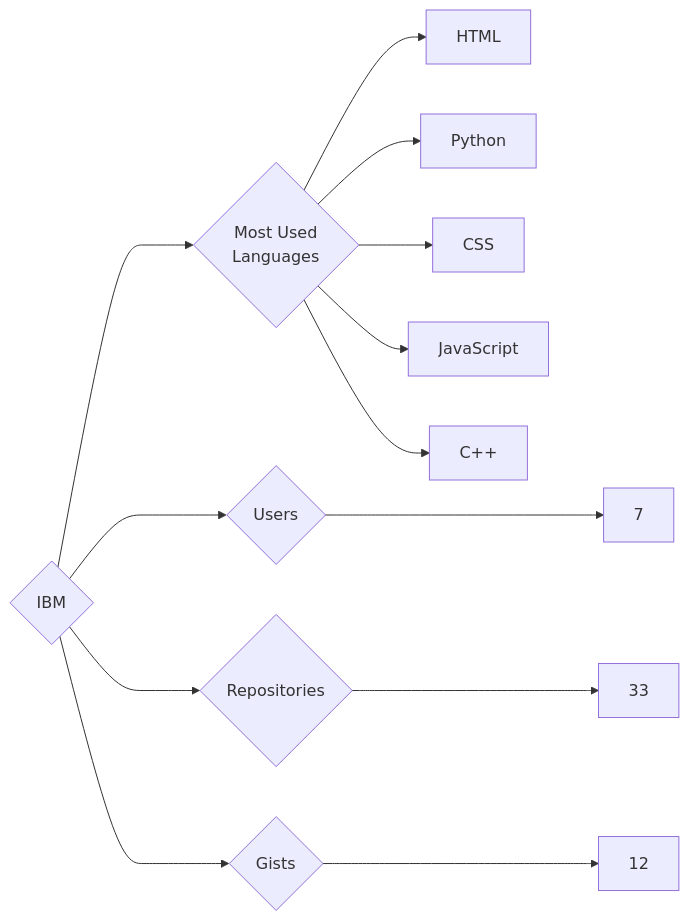
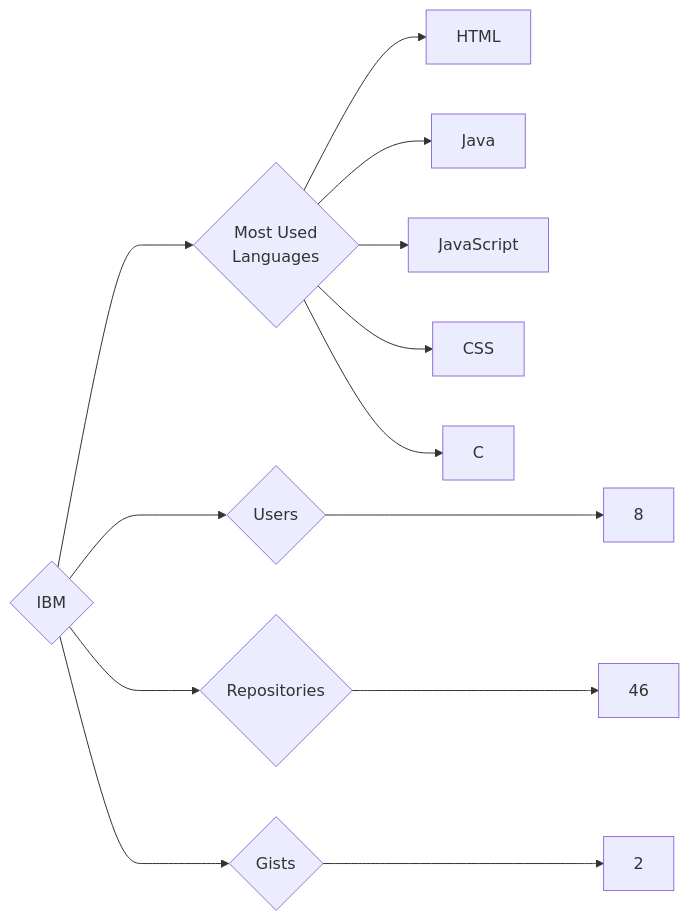
The diagram in targets/IBM/README.md (trickest/insiders), drawn with Mermaid before and after one commit. The commit also changed 1007 other files, not shown here.

````diff
--- a/targets/IBM/README.md
+++ b/targets/IBM/README.md
@@ -3,13 +3,13 @@
 ```mermaid
 graph LR
 COMPANY_NAME{IBM}
-COMPANY_NAME ---> U{Users} ---> UN[7]
-COMPANY_NAME ---> R{Repositories} ---> RN[33]
-COMPANY_NAME ---> G{Gists} ---> GN[12]
+COMPANY_NAME ---> U{Users} ---> UN[8]
+COMPANY_NAME ---> R{Repositories} ---> RN[46]
+COMPANY_NAME ---> G{Gists} ---> GN[2]
 COMPANY_NAME ---> ML{Most Used<br>Languages}
 ML --> HTML[HTML]
-ML --> Python[Python]
+ML --> Java[Java]
+ML --> JavaScript[JavaScript]
 ML --> CSS[CSS]
-ML --> JavaScript[JavaScript]
-ML --> C++[C++]
+ML --> C[C]
 ```
````
